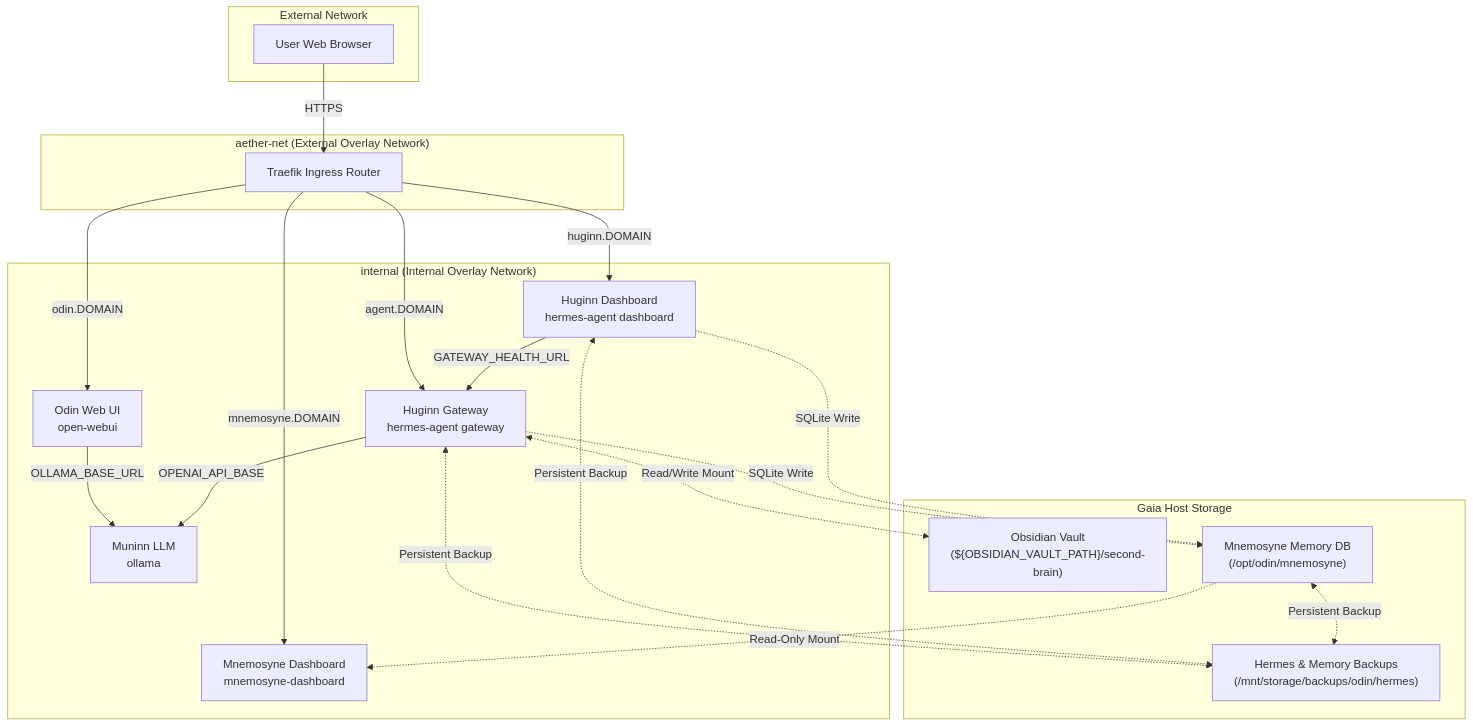
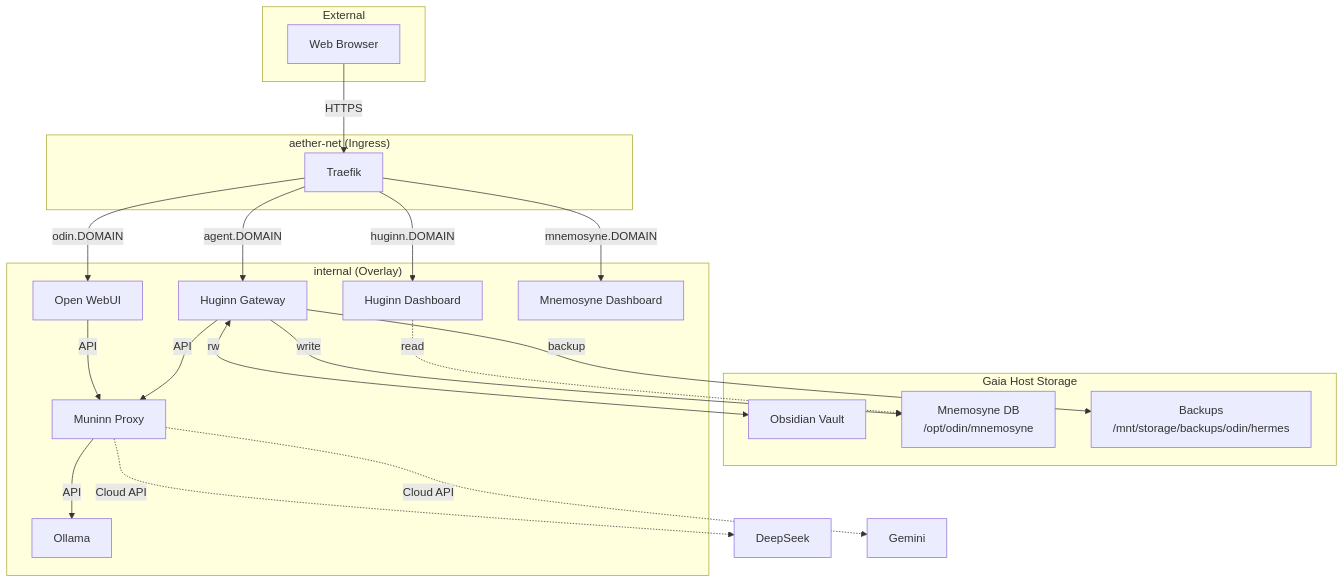
One commit to yggdrasil-lab/odin changed the diagram in README.md. Above: the diagram before and after it, drawn with Mermaid. The commit also changed other lines of this file, not shown here.

Commit message:
docs: simplify README — move detailed specs to vault reference

````diff
--- a/README.md
+++ b/README.md
@@ -11,43 +25,42 @@
 ```mermaid
 graph TD
-    subgraph ExternalNetwork ["External Network"]
-        Browser[User Web Browser]
+    subgraph External ["External"]
+        Browser[Web Browser]
     end
 
-    subgraph GaiaHostStorage ["Gaia Host Storage"]
-        Obsidian["Obsidian Vault<br>(${OBSIDIAN_VAULT_PATH}/second-brain)"]
-        MnemosyneDB["Mnemosyne Memory DB<br>(/opt/odin/mnemosyne)"]
-        Backup["Hermes & Memory Backups<br>(/mnt/storage/backups/odin/hermes)"]
+    subgraph Host ["Gaia Host Storage"]
+        Obsidian["Obsidian Vault"]
+        MnemosyneDB["Mnemosyne DB<br>/opt/odin/mnemosyne"]
+        Backup["Backups<br>/mnt/storage/backups/odin/hermes"]
     end
 
-    subgraph AetherNet ["aether-net (External Overlay Network)"]
-        Traefik[Traefik Ingress Router]
+    subgraph Aether ["aether-net (Ingress)"]
+        Traefik[Traefik]
     end
 
-    subgraph InternalNet ["internal (Internal Overlay Network)"]
-        OpenWebUI[Odin Web UI<br>open-webui]
-        Ollama[Muninn LLM<br>ollama]
-        Gateway[Huginn Gateway<br>hermes-agent gateway]
-        Dashboard[Huginn Dashboard<br>hermes-agent dashboard]
-        Mnemosyne[Mnemosyne Dashboard<br>mnemosyne-dashboard]
+    subgraph Internal ["internal (Overlay)"]
+        OpenWebUI[Open WebUI]
+        Ollama[Ollama]
+        Gateway[Huginn Gateway]
+        Dashboard[Huginn Dashboard]
+        MnemosyneVis[Mnemosyne Dashboard]
+        Muninn[Muninn Proxy]
     end
 
     Browser -->|HTTPS| Traefik
     Traefik -->|odin.DOMAIN| OpenWebUI
     Traefik -->|agent.DOMAIN| Gateway
     Traefik -->|huginn.DOMAIN| Dashboard
-    Traefik -->|mnemosyne.DOMAIN| Mnemosyne
+    Traefik -->|mnemosyne.DOMAIN| MnemosyneVis
 
-    OpenWebUI -->|OLLAMA_BASE_URL| Ollama
-    Gateway -->|OPENAI_API_BASE| Ollama
-    Dashboard -->|GATEWAY_HEALTH_URL| Gateway
+    OpenWebUI -->|API| Muninn
+    Gateway -->|API| Muninn
+    Muninn -->|API| Ollama
+    Muninn -.->|Cloud API| DeepSeek
+    Muninn -.->|Cloud API| Gemini
 
-    Gateway <.->|Read/Write Mount| Obsidian
-    Gateway -.->|SQLite Write| MnemosyneDB
-    Dashboard -.->|SQLite Write| MnemosyneDB
-    MnemosyneDB -.->|Read-Only Mount| Mnemosyne
-    
-    Gateway <.->|Persistent Backup| Backup
-    Dashboard <.->|Persistent Backup| Backup
-    MnemosyneDB <.->|Persistent Backup| Backup
+    Gateway <-->|rw| Obsidian
+    Gateway -->|write| MnemosyneDB
+    Dashboard -.->|read| MnemosyneDB
+    Gateway -->|backup| Backup
 ```
````
